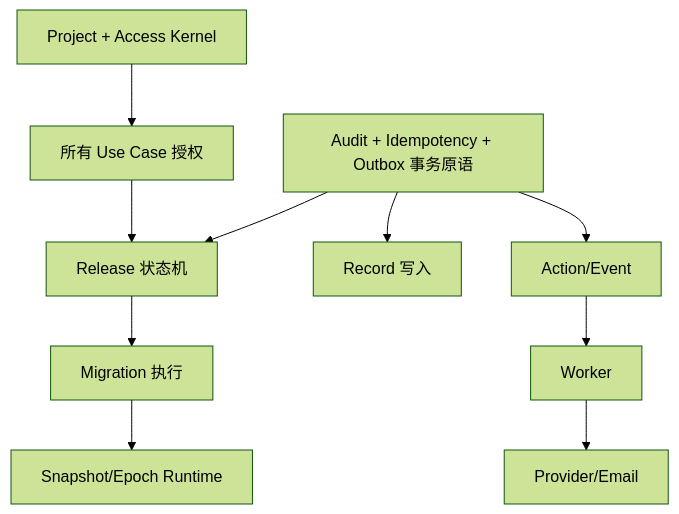
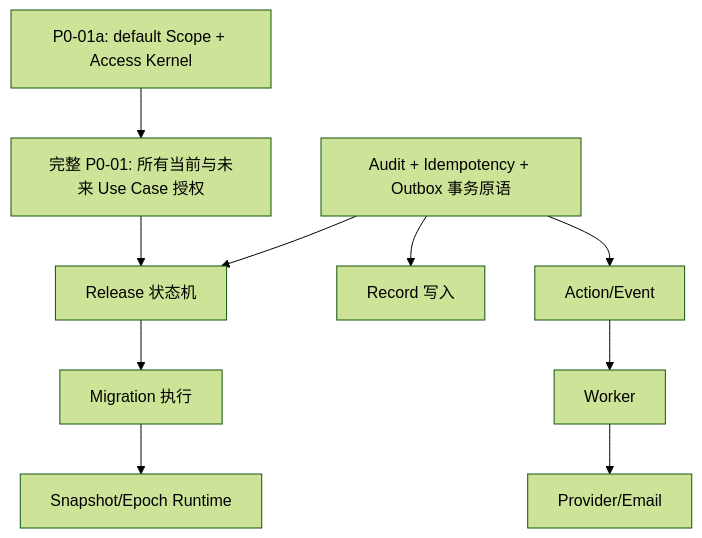
The second of 3 diagrams in docs/roadmap/server-core.md (shezw/panvara), drawn with Mermaid (forest theme) before and after one commit. The commit also changed other lines of this file and 60 other files, not shown here.

Commit message:
feat(server): persist execution scope and enforce access policy

````diff
--- a/docs/roadmap/server-core.md
+++ b/docs/roadmap/server-core.md
@@ -146,13 +153,13 @@
 ```mermaid
 flowchart TB
-    Access["Project + Access Kernel"] --> Authorized["所有 Use Case 授权"]
+    Access["P0-01a: default Scope + Access Kernel"] --> Authorized["完整 P0-01: 所有当前与未来 Use Case 授权"]
     Authorized --> Release["Release 状态机"]
     Release --> Migration["Migration 执行"]
     Migration --> Runtime["Snapshot/Epoch Runtime"]
 
     Tx["Audit + Idempotency + Outbox 事务原语"] --> Record["Record 写入"]
     Tx --> Release
     Tx --> Event["Action/Event"]
     Event --> Worker["Worker"]
     Worker --> Provider["Provider/Email"]
 ```
````
